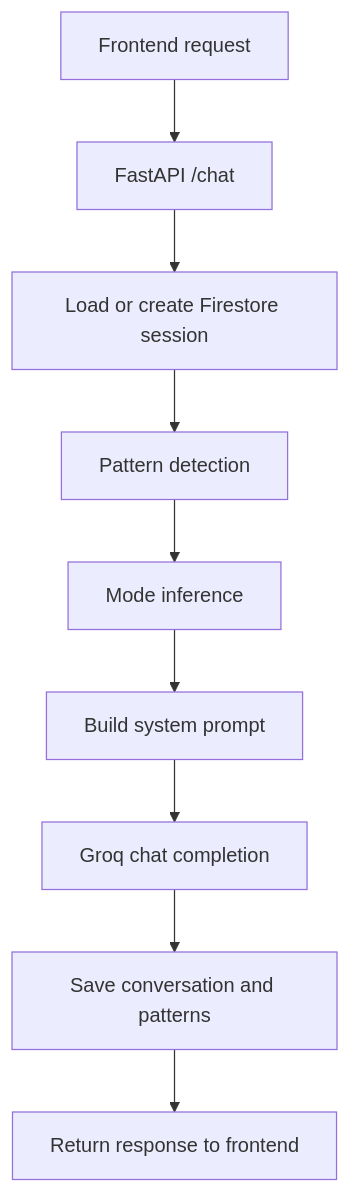
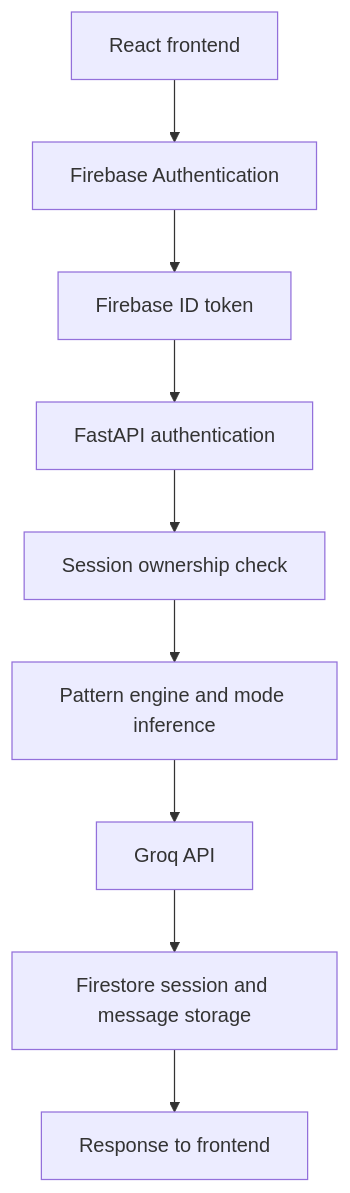
One commit to ManojKumarBhagavatula/mitra-backend changed the diagram in README.md. Above: the diagram before and after it, drawn with Mermaid. The commit also changed other lines of this file, not shown here.

Commit message:
Document Firebase auth and session ownership security

````diff
--- a/README.md
+++ b/README.md
@@ -36,11 +34,11 @@
 ```mermaid
 flowchart TD
-    A[Frontend request] --> B[FastAPI /chat]
-    B --> C[Load or create Firestore session]
-    C --> D[Pattern detection]
-    D --> E[Mode inference]
-    E --> F[Build system prompt]
-    F --> G[Groq chat completion]
-    G --> H[Save conversation and patterns]
-    H --> I[Return response to frontend]
+    A[React frontend] --> B[Firebase Authentication]
+    B --> C[Firebase ID token]
+    C --> D[FastAPI authentication]
+    D --> E[Session ownership check]
+    E --> F[Pattern engine and mode inference]
+    F --> G[Groq API]
+    G --> H[Firestore session and message storage]
+    H --> I[Response to frontend]
 ```
````
